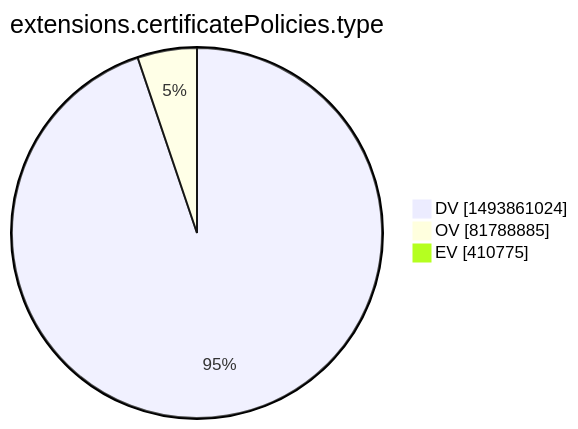
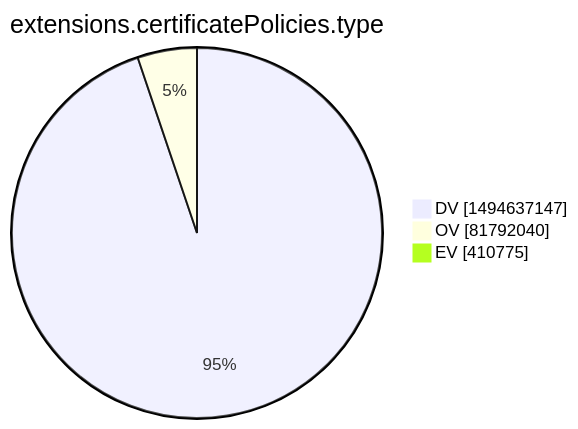
The tenth of 15 diagrams in xenon2022/README.md (christiankrug/ctmonitor_visualization), drawn with Mermaid before and after one commit. The commit also changed other lines of this file, not shown here.

````diff
--- a/xenon2022/README.md
+++ b/xenon2022/README.md
@@ -2874,7 +2874,7 @@
 ```mermaid
 pie showData
 title extensions.certificatePolicies.type
-"DV" :1493861024
-"OV" :81788885
+"DV" :1494637147
+"OV" :81792040
 "EV" :410775
 ```
````
